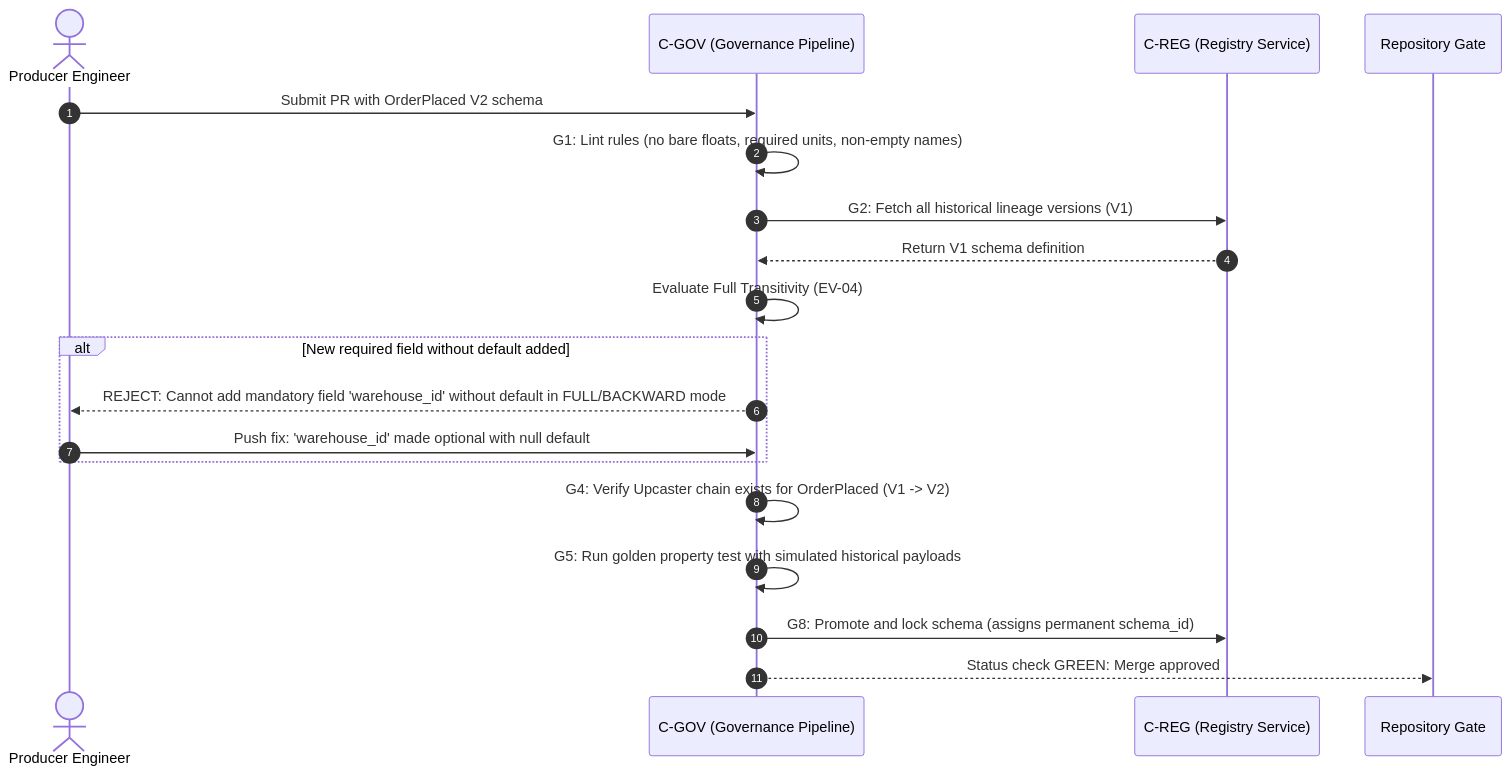
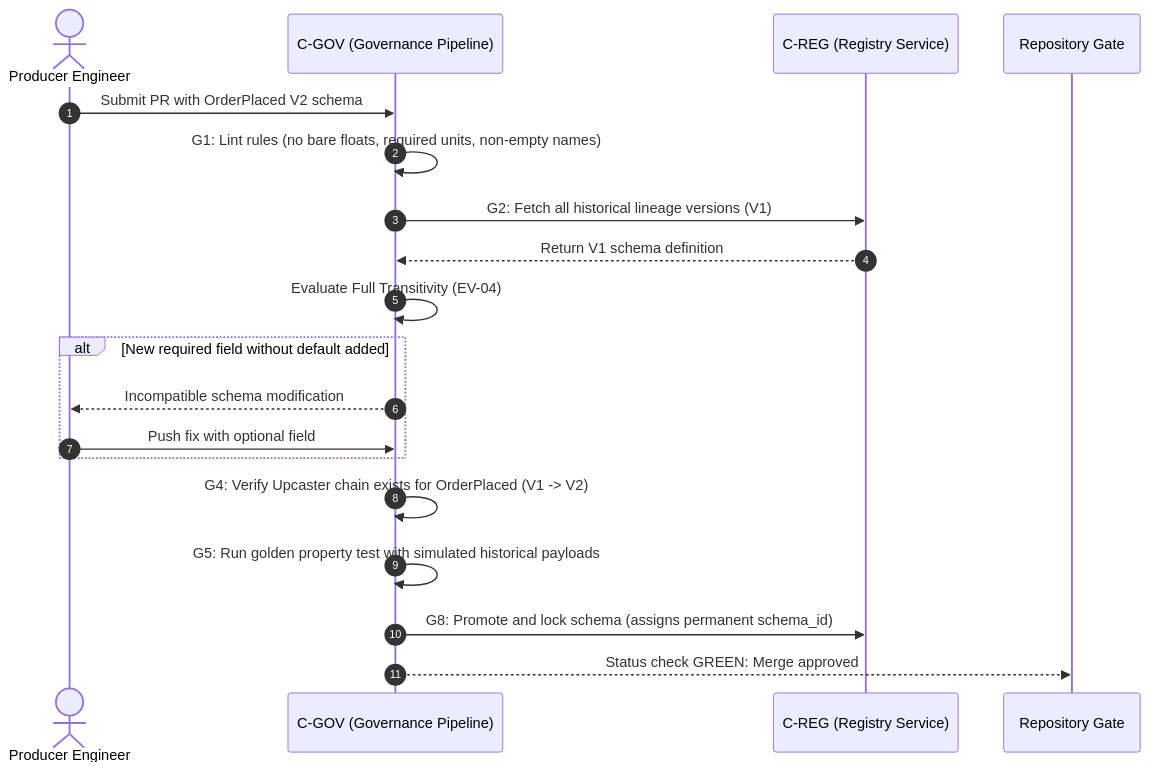
The second of 4 diagrams in docs/features/event-versioning/diagrams.md (Chief-Strategist-J/event-driven-platform), drawn with Mermaid before and after one commit. The commit also changed 1 other file, not shown here.

Commit message:
docs(event-versioning): sanitize mermaid sequence diagram labels to fix parse error

````diff
--- a/docs/features/event-versioning/diagrams.md
+++ b/docs/features/event-versioning/diagrams.md
@@ -64,22 +64,22 @@
 ```mermaid
 sequenceDiagram
     autonumber
     actor Dev as Producer Engineer
     participant CI as C-GOV (Governance Pipeline)
     participant Reg as C-REG (Registry Service)
     participant Git as Repository Gate
 
     Dev->>CI: Submit PR with OrderPlaced V2 schema
     CI->>CI: G1: Lint rules (no bare floats, required units, non-empty names)
     CI->>Reg: G2: Fetch all historical lineage versions (V1)
     Reg-->>CI: Return V1 schema definition
     CI->>CI: Evaluate Full Transitivity (EV-04)
     alt New required field without default added
-        CI-->>Dev: REJECT: Cannot add mandatory field 'warehouse_id' without default in FULL/BACKWARD mode
-        Dev->>CI: Push fix: 'warehouse_id' made optional with null default
+        CI-->>Dev: Incompatible schema modification
+        Dev->>CI: Push fix with optional field
     end
     CI->>CI: G4: Verify Upcaster chain exists for OrderPlaced (V1 -> V2)
     CI->>CI: G5: Run golden property test with simulated historical payloads
     CI->>Reg: G8: Promote and lock schema (assigns permanent schema_id)
     CI-->>Git: Status check GREEN: Merge approved
 ```
````
